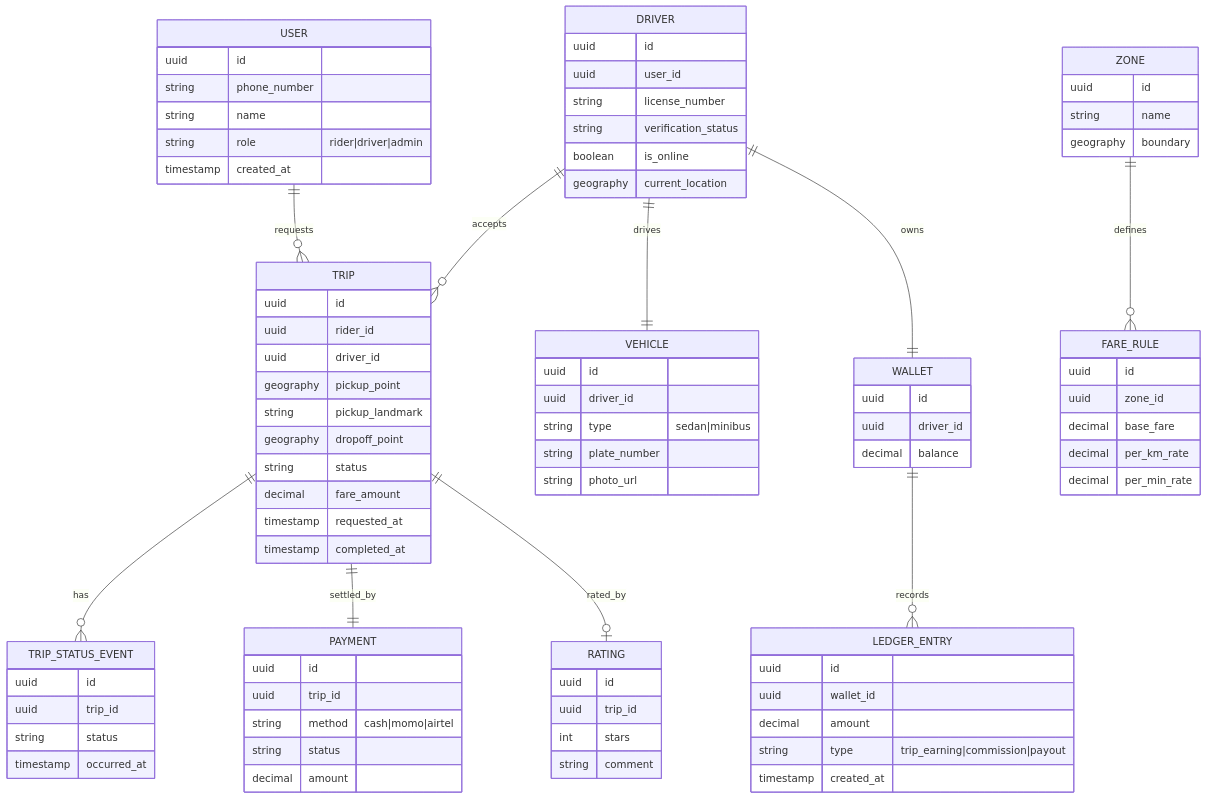
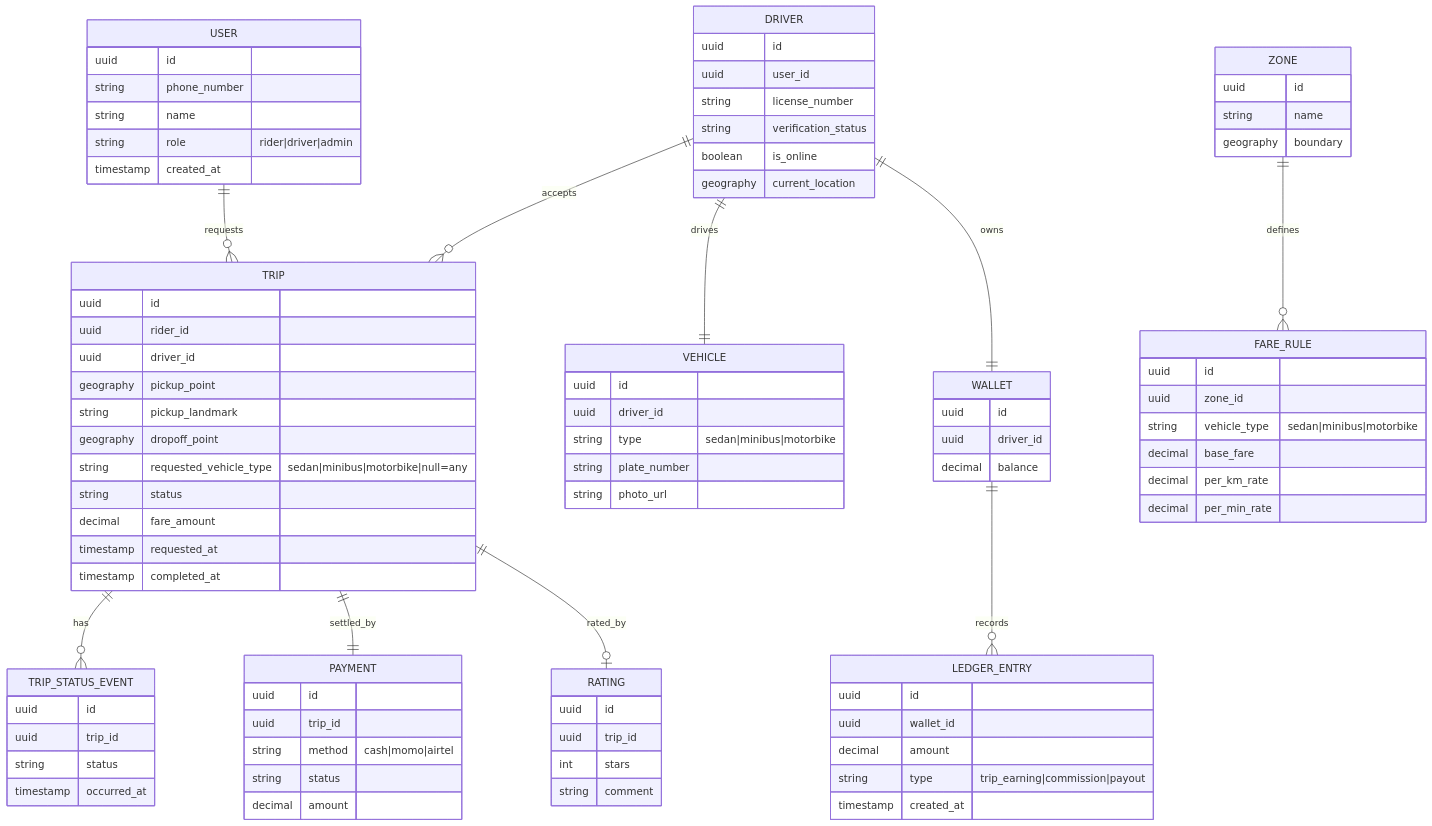
The second of 3 diagrams in docs/MONZE_RIDE_ARCHITECTURE.md (Kamela1987/Project1-), drawn with Mermaid before and after one commit. The commit also changed other lines of this file and 63 other files, not shown here.

```diff
--- a/docs/MONZE_RIDE_ARCHITECTURE.md
+++ b/docs/MONZE_RIDE_ARCHITECTURE.md
@@ -124,7 +133,7 @@
     VEHICLE {
         uuid id
         uuid driver_id
-        string type "sedan|minibus"
+        string type "sedan|minibus|motorbike"
         string plate_number
         string photo_url
     }
@@ -135,6 +144,7 @@
         geography pickup_point
         string pickup_landmark
         geography dropoff_point
+        string requested_vehicle_type "sedan|minibus|motorbike|null=any"
         string status
         decimal fare_amount
         timestamp requested_at
@@ -167,6 +177,7 @@
     FARE_RULE {
         uuid id
         uuid zone_id
+        string vehicle_type "sedan|minibus|motorbike"
         decimal base_fare
         decimal per_km_rate
         decimal per_min_rate
```
